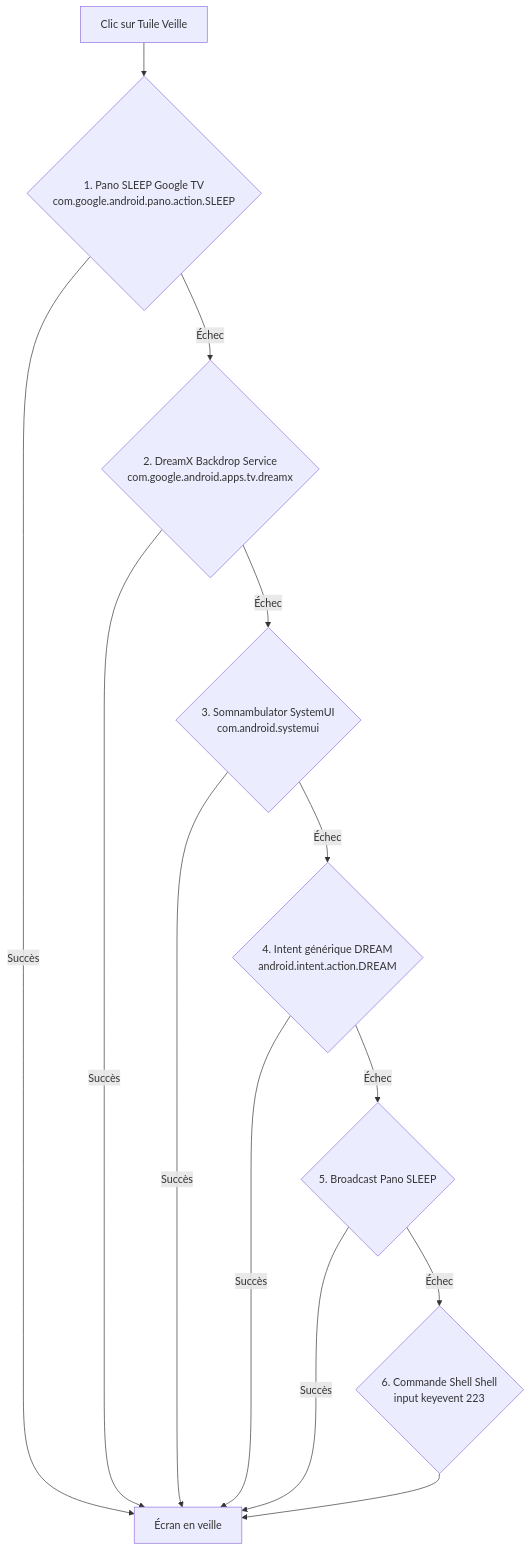
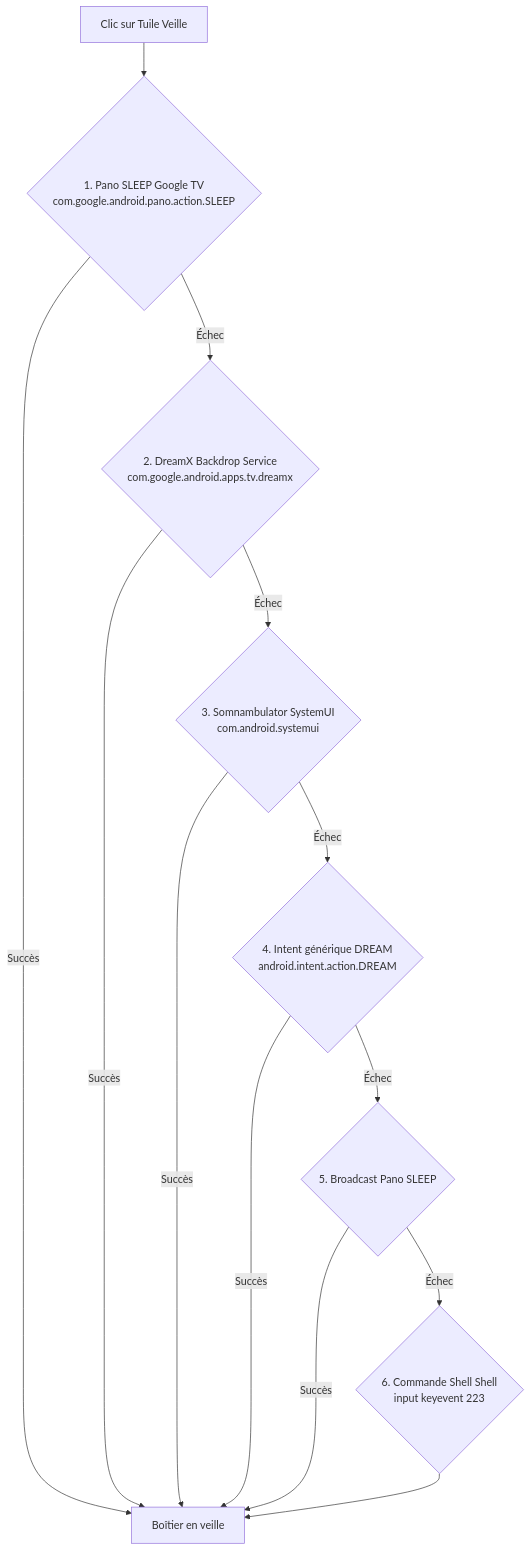
The diagram in DOCUMENTATION.md (maldazar1990/google-jd-tv), drawn with Mermaid before and after one commit. The commit also changed other lines of this file and 1 other file, not shown here.

````diff
--- a/DOCUMENTATION.md
+++ b/DOCUMENTATION.md
@@ -222,15 +245,15 @@
 ```mermaid
 flowchart TD
     A["Clic sur Tuile Veille"] --> B{"1. Pano SLEEP Google TV<br>com.google.android.pano.action.SLEEP"}
-    B -- Succès --> End["Écran en veille"]
+    B -- Succès --> End["Boîtier en veille"]
     B -- Échec --> C{"2. DreamX Backdrop Service<br>com.google.android.apps.tv.dreamx"}
     C -- Succès --> End
     C -- Échec --> D{"3. Somnambulator SystemUI<br>com.android.systemui"}
     D -- Succès --> End
     D -- Échec --> E{"4. Intent générique DREAM<br>android.intent.action.DREAM"}
     E -- Succès --> End
     E -- Échec --> F{"5. Broadcast Pano SLEEP"}
     F -- Succès --> End
     F -- Échec --> G{"6. Commande Shell Shell<br>input keyevent 223"}
     G --> End
 ```
````
